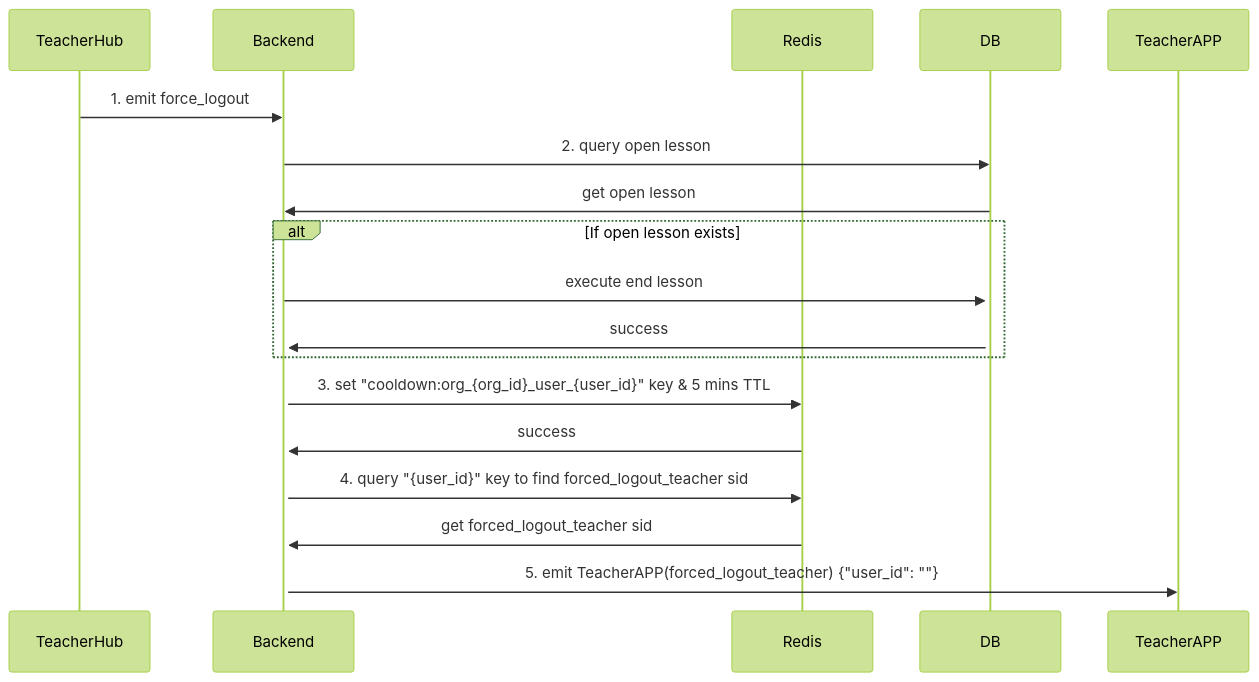
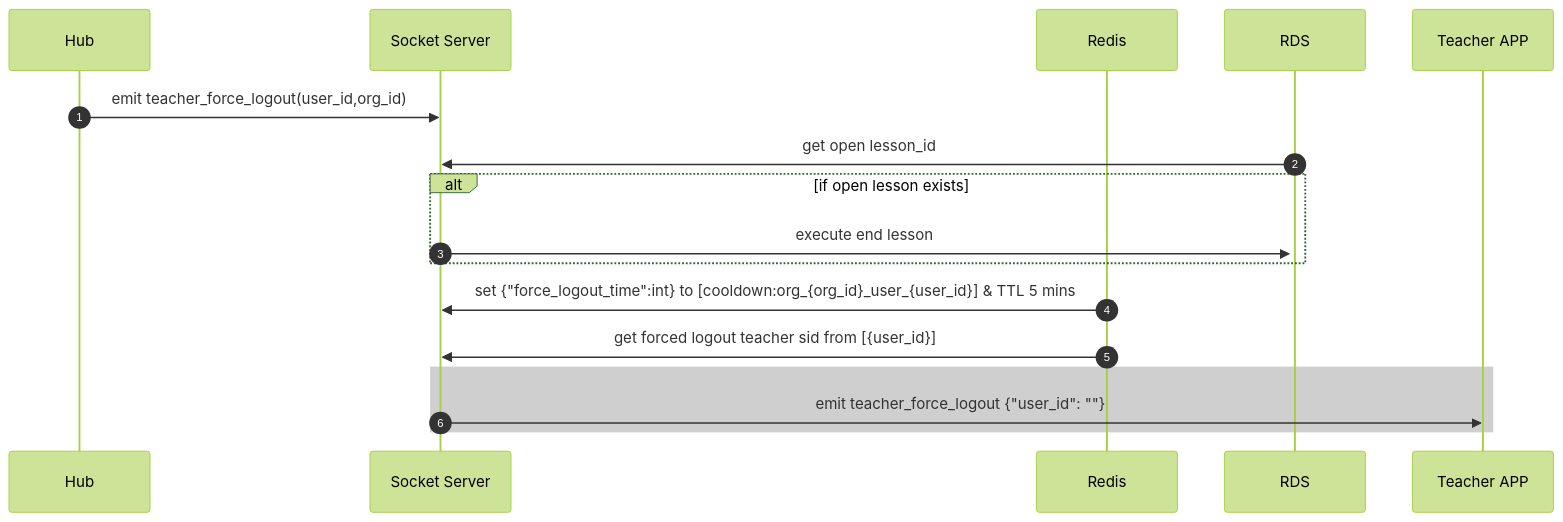
Before and after one commit to claire0613/ocelot_docs: the diagram in socket_event_all/on_force_logout event.md, drawn with Mermaid (forest theme). The commit also changed other lines of this file and 9 other files, not shown here.

````diff
--- a/socket_event_all/on_force_logout event.md
+++ b/socket_event_all/on_force_logout event.md
@@ -49,23 +45,25 @@
-        ```mermaid
-        sequenceDiagram
-            participant M as TeacherHub
-            participant B as Backend
-            participant R as Redis
-            participant D as DB
-            participant A as TeacherAPP
+    ```mermaid
+      sequenceDiagram
+        autonumber
+        participant M as Hub
+        participant B as Socket Server
+        participant R as Redis
+        participant D as RDS
+        participant A as Teacher APP
 
-            M->>B: 1. emit force_logout
-            B->>D: 2. query open lesson
-            D->>B: get open lesson
-            alt If open lesson exists
-                  B->>+D: execute end lesson
-                  D->>+B: success
-            end
-            B->>R: 3. set "cooldown:org_{org_id}_user_{user_id}" key & 5 mins TTL
-            R->>B: success
-            B->>R: 4. query "{user_id}" key to find forced_logout_teacher sid
-            R->>B: get forced_logout_teacher sid
-            B->>A: 5. emit TeacherAPP(forced_logout_teacher) {"user_id": ""}
+        M->>B: emit teacher_force_logout(user_id,org_id)
+        D->>B: get open lesson_id
+
+        alt if open lesson exists
+              B->>+D: execute end lesson
+        end
+        R->>B: set {"force_logout_time":int} to [cooldown:org_{org_id}_user_{user_id}] & TTL 5 mins
+        R->>B: get forced logout teacher sid from [{user_id}]
+        rect rgba(160, 160, 160, 0.5)
+        B->>A: emit teacher_force_logout {"user_id": ""}
+        end
 
 
-        ```
+
+
+    ```
````
